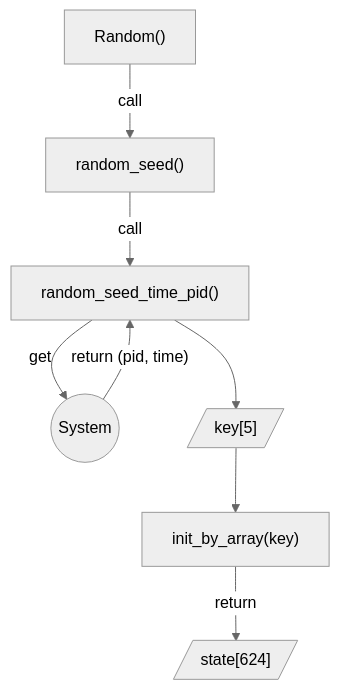
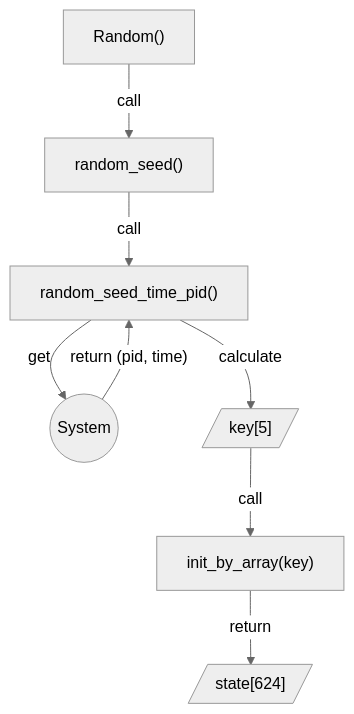
The diagram in 2023/bksecctf/README.md (m1dm4n/CTF-WriteUp), drawn with Mermaid (neutral theme) before and after one commit. The commit also changed other lines of this file, not shown here.

````diff
--- a/2023/bksecctf/README.md
+++ b/2023/bksecctf/README.md
@@ -318,18 +321,18 @@
 ```mermaid
 flowchart TB;
     id1["Random()"]
     id2["random_seed()"]
     time(("System"))
     id3["random_seed_time_pid()"]
     id4["init_by_array(key)"]
     state[/"state[624]"/]
     key[/"key[5]"/]
     
     id1--call-->id2
     id2--call-->id3
     id3--get-->time
     time--"return (pid, time)"-->id3
-    id3-->key
-    key-->id4;
+    id3--calculate-->key
+    key--call-->id4;
     id4--return-->state;
 ```
````
